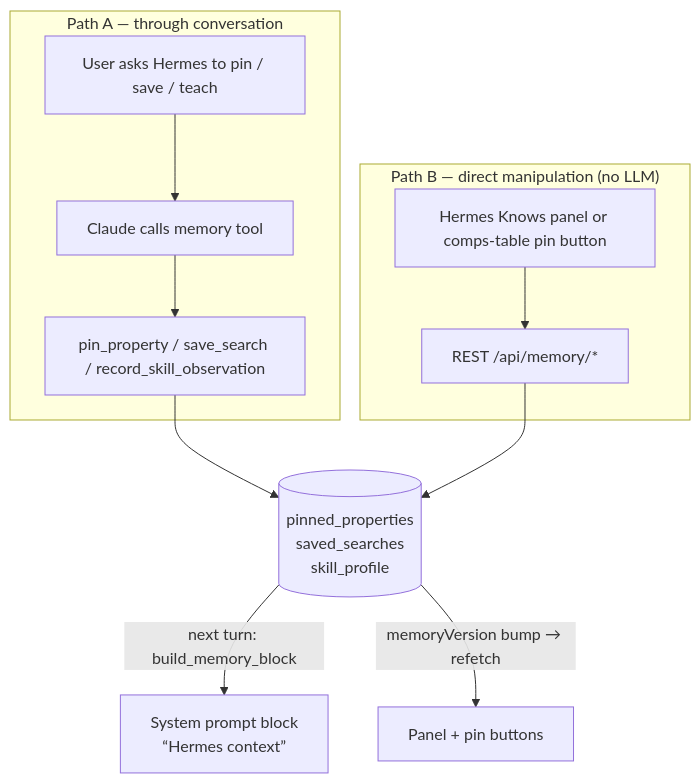
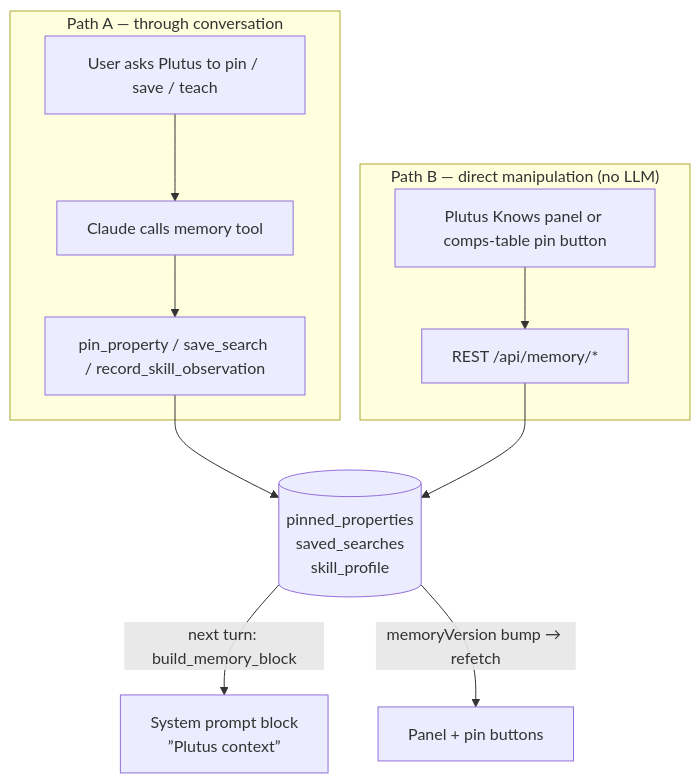
The second of 7 diagrams in docs/SYSTEM-FLOWS.md (abhisheksharma1042/RealtorAgentPlatform), drawn with Mermaid before and after one commit. The commit also changed other lines of this file and 2 other files, not shown here.

First line of the commit message:
docs: update agent name from Hermes to Plutus in all documentation

````diff
--- a/docs/SYSTEM-FLOWS.md
+++ b/docs/SYSTEM-FLOWS.md
@@ -85,14 +85,14 @@
 ```mermaid
 flowchart TB
     subgraph AgentPath["Path A — through conversation"]
-        A1[User asks Hermes to pin / save / teach] --> A2[Claude calls memory tool]
+        A1[User asks Plutus to pin / save / teach] --> A2[Claude calls memory tool]
         A2 --> A3[pin_property / save_search / record_skill_observation]
     end
     subgraph PanelPath["Path B — direct manipulation (no LLM)"]
-        B1[Hermes Knows panel or comps-table pin button] --> B2[REST /api/memory/*]
+        B1[Plutus Knows panel or comps-table pin button] --> B2[REST /api/memory/*]
     end
     A3 --> DB[(pinned_properties<br/>saved_searches<br/>skill_profile)]
     B2 --> DB
-    DB -->|next turn: build_memory_block| P[System prompt block<br/>“Hermes context”]
+    DB -->|next turn: build_memory_block| P[System prompt block<br/>”Plutus context”]
     DB -->|memoryVersion bump → refetch| UI[Panel + pin buttons]
 ```
````
